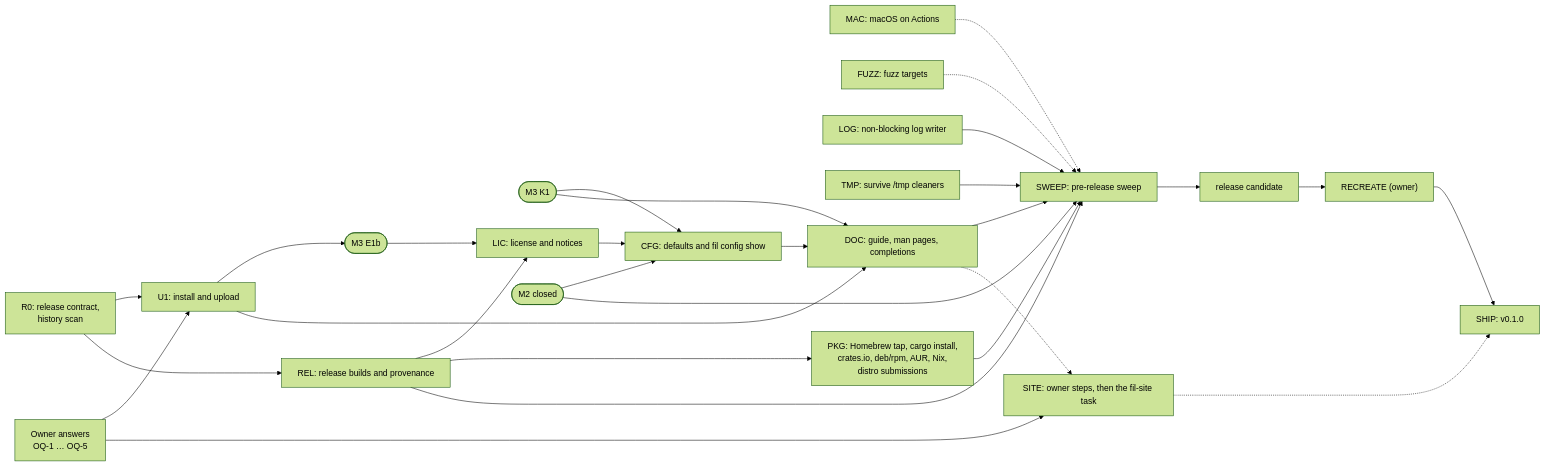
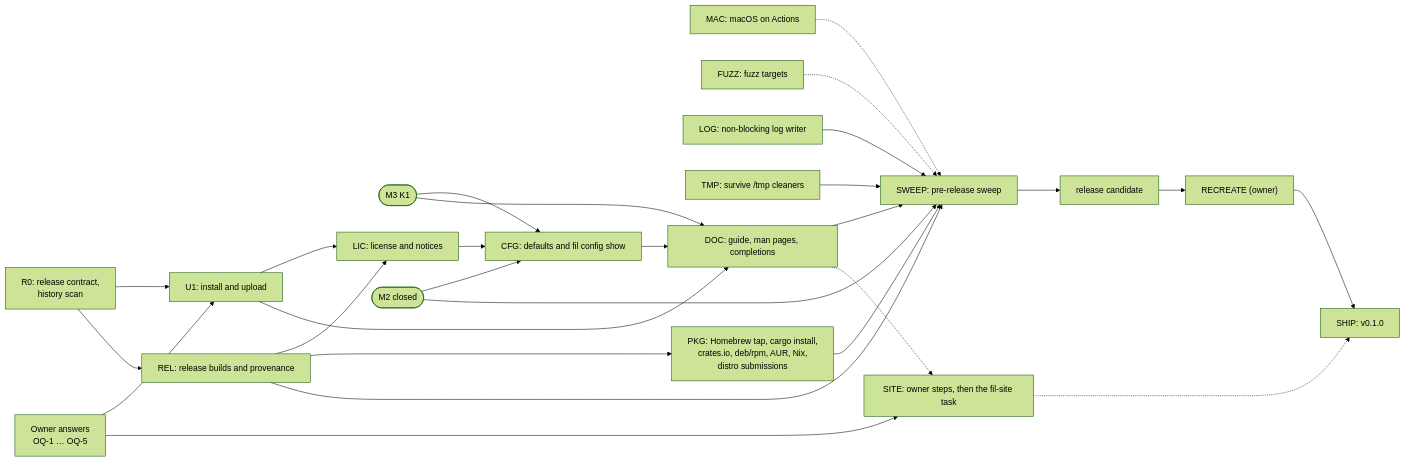
Before and after one commit to anthonytw/fil: the diagram in docs/m4/plan.md, drawn with Mermaid (forest theme). The commit also changed other lines of this file and 2 other files, not shown here.

First line of the commit message:
docs: review fixes for N9/N8 (E1b out of 0.1.0, CFG rejects predict, serialized-slot wording)

````diff
--- a/docs/m4/plan.md
+++ b/docs/m4/plan.md
@@ -182,41 +182,40 @@
 ```mermaid
 %%{init: {"flowchart": {"wrappingWidth": 260}}}%%
 flowchart LR
   OQ["Owner answers<br/>OQ-1 … OQ-5"]
   R0["R0: release contract,<br/>history scan"]
   U1["U1: install and upload"]
   MAC["MAC: macOS on Actions"]
   REL["REL: release builds and provenance"]
   FUZZ["FUZZ: fuzz targets"]
   LOG["LOG: non-blocking log writer"]
   TMP["TMP: survive /tmp cleaners"]
-  E1b(["M3 E1b"])
   K1(["M3 K1"])
   LIC["LIC: license and notices"]
   PKG["PKG: Homebrew tap, cargo install,<br/>crates.io, deb/rpm, AUR, Nix,<br/>distro submissions"]
   CFG["CFG: defaults and fil config show"]
   DOC["DOC: guide, man pages, completions"]
   M2C(["M2 closed"])
   SWEEP["SWEEP: pre-release sweep"]
   RC["release candidate"]
   RECREATE["RECREATE (owner)"]
   SHIP["SHIP: v0.1.0"]
   SITE["SITE: owner steps, then the fil-site task"]
 
   OQ --> U1
   R0 --> U1 & REL
-  U1 --> E1b --> LIC --> CFG
+  U1 --> LIC --> CFG
   REL --> LIC & PKG
   K1 --> CFG & DOC
   M2C --> CFG
   CFG --> DOC
   U1 --> DOC
   MAC -.-> SWEEP
   FUZZ -.-> SWEEP
   LOG & TMP --> SWEEP
   REL & PKG & DOC & M2C --> SWEEP
   SWEEP --> RC --> RECREATE --> SHIP
   OQ --> SITE
   DOC -.-> SITE
   SITE -.-> SHIP
 ```
````
